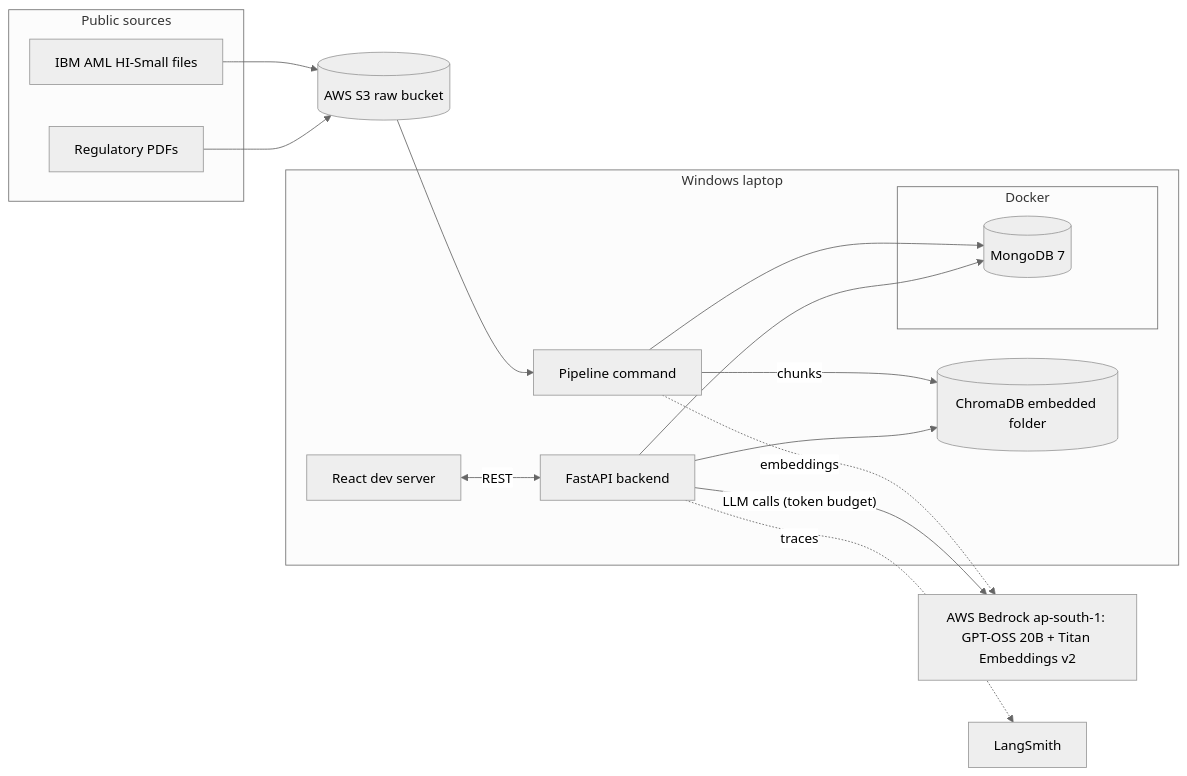
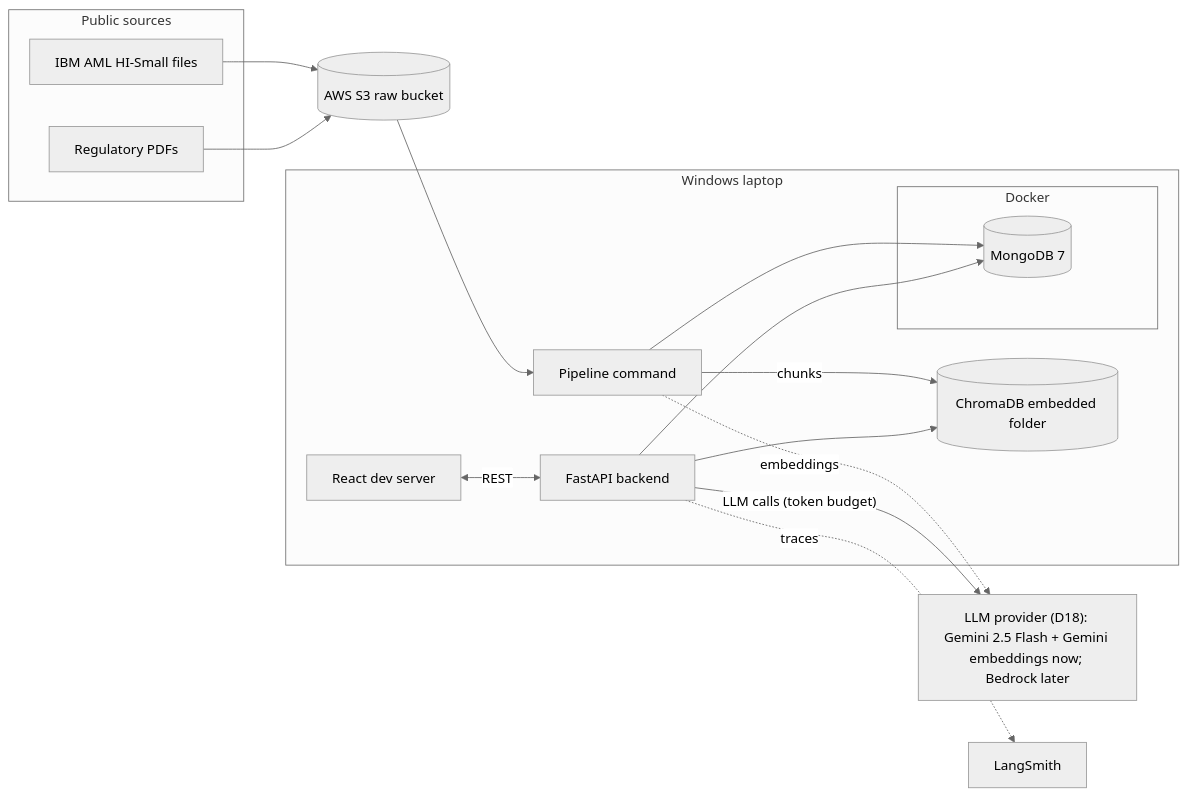
Before and after one commit to tejaswaroop282/CaseLens: the first of 2 diagrams in PROJECT_REPORT.md, drawn with Mermaid (neutral theme). The commit also changed other lines of this file and 19 other files, not shown here.

First line of the commit message:
D18: model provider switch; Gemini (chat + embeddings) now, Bedrock kept as the production path

````diff
--- a/PROJECT_REPORT.md
+++ b/PROJECT_REPORT.md
@@ -77,30 +77,30 @@
 ```mermaid
 flowchart LR
   subgraph SRC["Public sources"]
     A1["IBM AML HI-Small files"]
     A3["Regulatory PDFs"]
   end
   S3[("AWS S3 raw bucket")]
   A1 --> S3
   A3 --> S3
   subgraph PC["Windows laptop"]
     PIPE["Pipeline command"]
     API["FastAPI backend"]
     UI["React dev server"]
     CH[("ChromaDB embedded folder")]
     subgraph DK["Docker"]
       MDB[("MongoDB 7")]
     end
   end
-  BR["AWS Bedrock ap-south-1: GPT-OSS 20B + Titan Embeddings v2"]
+  BR["LLM provider (D18): Gemini 2.5 Flash + Gemini embeddings now; Bedrock later"]
   LS["LangSmith"]
   S3 --> PIPE
   PIPE --> MDB
   PIPE -->|"chunks"| CH
   PIPE -.->|"embeddings"| BR
   API --> MDB
   API --> CH
   API -->|"LLM calls (token budget)"| BR
   API -.->|"traces"| LS
   UI <-->|"REST"| API
 ```
````
